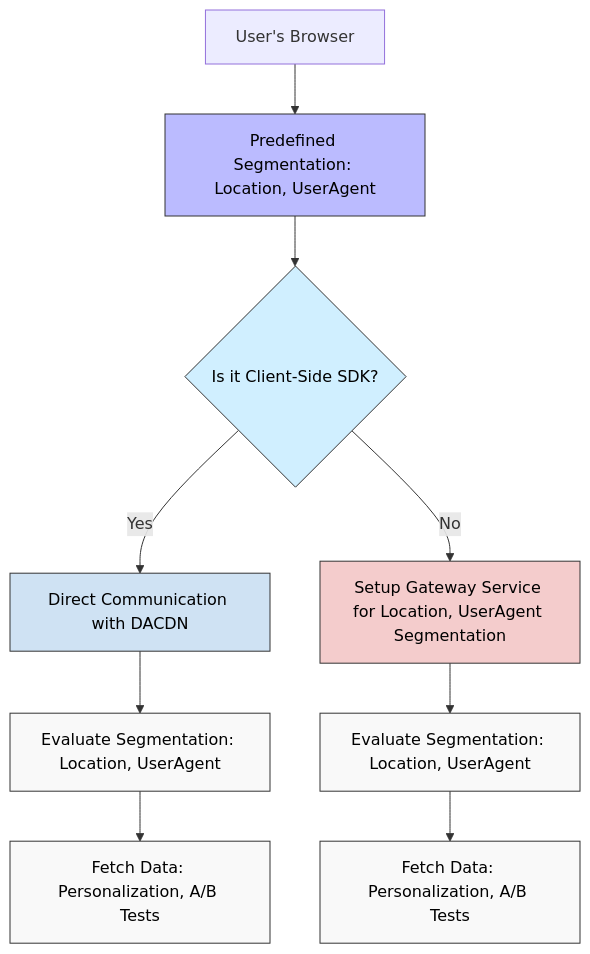
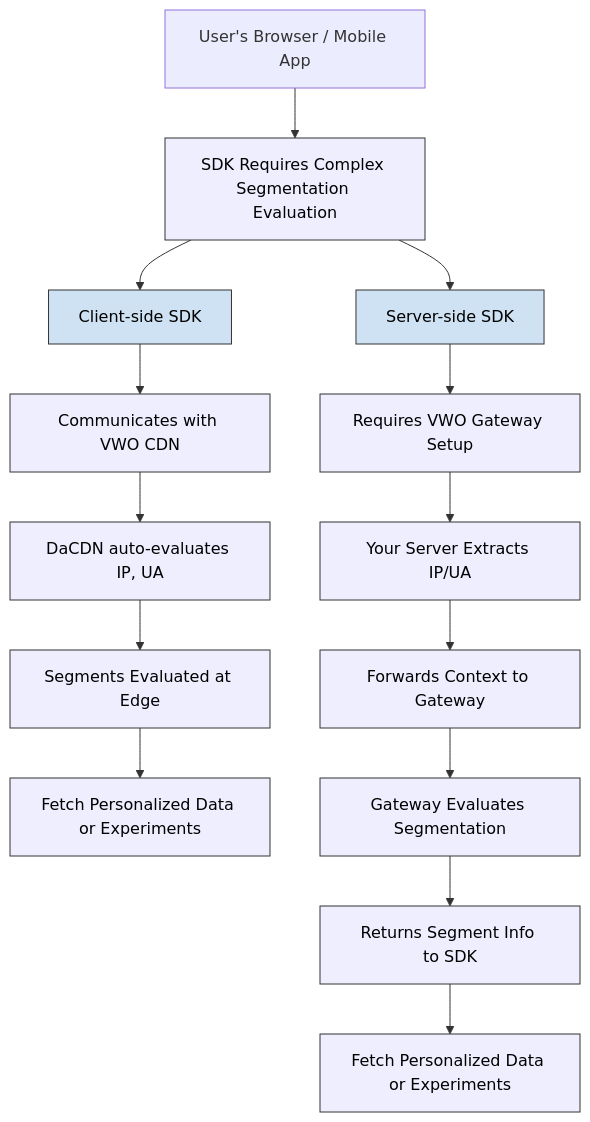
One commit to wingify/readme-central changed the diagram in docs/Concepts/auto-configured-gatewayservice.md. Above: the diagram before and after it, drawn with Mermaid. The commit also changed other lines of this file, not shown here.

Commit message:
Update doc `auto-configured-gatewayservice`

````diff
--- a/docs/Concepts/auto-configured-gatewayservice.md
+++ b/docs/Concepts/auto-configured-gatewayservice.md
@@ -22,33 +22,29 @@
 ```mermaid
 flowchart TD
-    A[User's Browser] --> B[Predefined Segmentation: Location, UserAgent]
-    B --> C{Is it Client-Side SDK?}
-    
-    %% If Client-Side SDK
-    C -->|Yes| D[Direct Communication with DACDN]
-    D --> E[Evaluate Segmentation: Location, UserAgent]
-    E --> F[Fetch Data: Personalization, A/B Tests]
+    A[User's Browser / Mobile App] --> B[SDK Requires Complex Segmentation Evaluation]
+    B --> C[Client-side SDK]
+    B --> C2[Server-side SDK]
 
-    %% If Server-Side SDK
-    C -->|No| G[Setup Gateway Service for Location, UserAgent Segmentation]
-    G --> H[Evaluate Segmentation: Location, UserAgent]
-    H --> I[Fetch Data: Personalization, A/B Tests]
+    %% Client-Side SDK Branch
+    C --> D[Communicates with VWO CDN]
+    D --> E[DaCDN auto-evaluates IP, UA]
+    E --> F[Segments Evaluated at Edge]
+    F --> G[Fetch Personalized Data or Experiments]
 
-    %% Assign Classes
-    class B predefinedSegmentation;
-    class C checkSDK;
-    class D directDACDN;
-    class G gatewayService;
-    class E fetchData;
-    class F fetchData;
-    class H fetchData;
-    class I fetchData;
+    %% Server-Side SDK Branch
+    C2 --> H[Requires VWO Gateway Setup]
+    H --> I[Your Server Extracts IP/UA]
+    I --> J[Forwards Context to Gateway]
+    J --> K[Gateway Evaluates Segmentation]
+    K --> L[Returns Segment Info to SDK]
+    L --> M[Fetch Personalized Data or Experiments]
 
-    %% Define Styles
-    classDef predefinedSegmentation fill:#bbf,stroke:#333,stroke-width:1px,color:#000;
-    classDef checkSDK fill:#d0efff,stroke:#333,stroke-width:1px,color:#000;
-    classDef directDACDN fill:#cfe2f3,stroke:#333,stroke-width:1px,color:#000;
-    classDef gatewayService fill:#f4cccc,stroke:#333,stroke-width:1px,color:#000;
-    classDef fetchData fill:#f9f9f9,stroke:#333,stroke-width:1px,color:#000;
+    %% Styling
+    class B,D,E,F,G,H,I,J,K,L,M step;
+    class C decision;
+    class C2 decision;
+
+    classDef step fill:#eef,stroke:#333,stroke-width:1px,color:#000;
+    classDef decision fill:#cfe2f3,stroke:#333,stroke-width:1px,color:#000;
 
 ```
````
